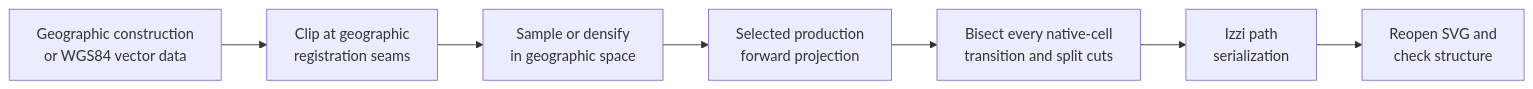
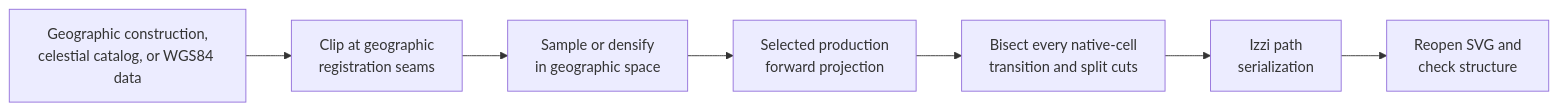
Before and after one commit to bdekoz/cartofreako: the diagram in docs/generation.md, drawn with Mermaid. The commit also changed other lines of this file and 25 other files, not shown here.

````diff
--- a/docs/generation.md
+++ b/docs/generation.md
@@ -189,12 +232,12 @@
 ```mermaid
 flowchart LR
-  SOURCE["Geographic construction<br/>or WGS84 vector data"]
+  SOURCE["Geographic construction,<br/>celestial catalog, or WGS84 data"]
   CUT["Clip at geographic<br/>registration seams"]
   DENSE["Sample or densify<br/>in geographic space"]
   PROJECT["Selected production<br/>forward projection"]
   SPLIT["Bisect every native-cell<br/>transition and split cuts"]
   SVG["Izzi path<br/>serialization"]
   CHECK["Reopen SVG and<br/>check structure"]
 
   SOURCE --> CUT --> DENSE --> PROJECT --> SPLIT --> SVG --> CHECK
 ```
````
